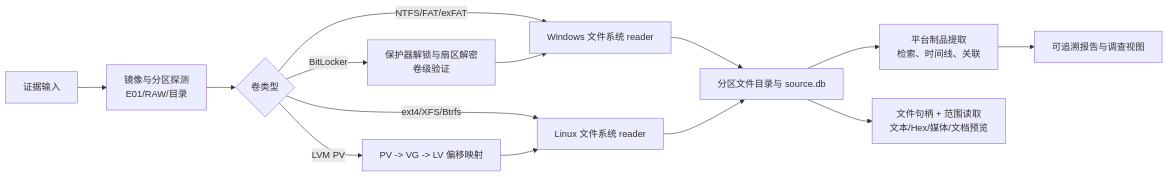
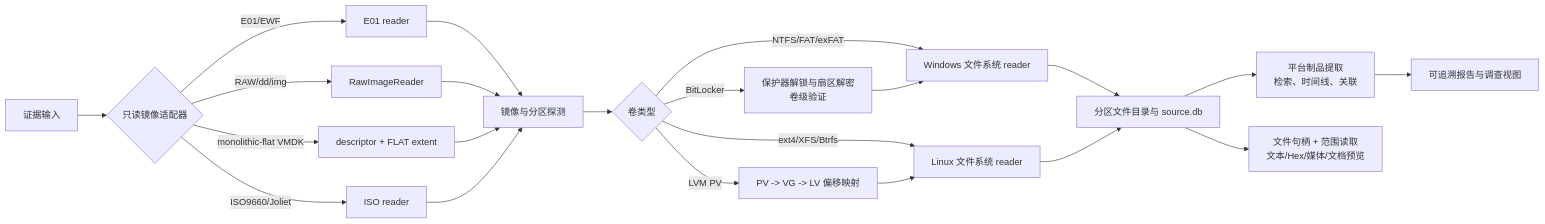
One commit to lQ-A-Ql/meow-detective changed the fourth of 5 diagrams in README.md. Above: the diagram before and after it, drawn with Mermaid. The commit also changed other lines of this file and 10 other files, not shown here.

````diff
--- a/README.md
+++ b/README.md
@@ -179,16 +183,24 @@
 ```mermaid
 flowchart LR
-    INPUT["证据输入"] --> PROBE["镜像与分区探测\nE01/RAW/目录"]
+    INPUT["证据输入"] --> ADAPTER{"只读镜像适配器"}
+    ADAPTER -->|"E01/EWF"| E01["E01 reader"]
+    ADAPTER -->|"RAW/dd/img"| RAW["RawImageReader"]
+    ADAPTER -->|"monolithic-flat VMDK"| VMDK["descriptor + FLAT extent"]
+    ADAPTER -->|"ISO9660/Joliet"| ISO["ISO reader"]
+    E01 --> PROBE["镜像与分区探测"]
+    RAW --> PROBE
+    VMDK --> PROBE
+    ISO --> PROBE
     PROBE --> ROUTE{"卷类型"}
     ROUTE -->|"NTFS/FAT/exFAT"| WINFS["Windows 文件系统 reader"]
     ROUTE -->|"ext4/XFS/Btrfs"| LINUXFS["Linux 文件系统 reader"]
     ROUTE -->|"LVM PV"| LVM["PV -> VG -> LV 偏移映射"]
     LVM --> LINUXFS
     ROUTE -->|"BitLocker"| BDE["保护器解锁与扇区解密\n卷级验证"]
     BDE --> WINFS
     WINFS --> CATALOG["分区文件目录与 source.db"]
     LINUXFS --> CATALOG
     CATALOG --> ANALYSIS["平台制品提取\n检索、时间线、关联"]
     CATALOG --> VIEWER["文件句柄 + 范围读取\n文本/Hex/媒体/文档预览"]
     ANALYSIS --> REPORT["可追溯报告与调查视图"]
 ```
````
